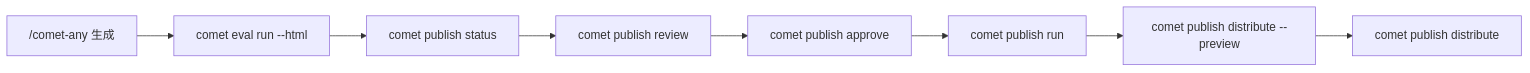
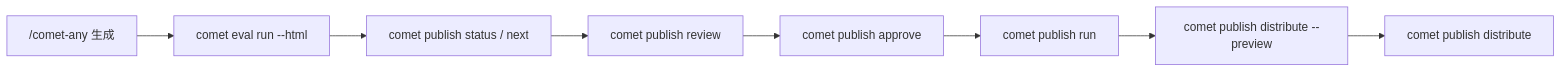
One commit to rpamis/comet-website-docs changed the diagram in zh/cli/publish.mdx. Above: the diagram before and after it, drawn with Mermaid. The commit also changed other lines of this file and 36 other files, not shown here.

````diff
--- a/zh/cli/publish.mdx
+++ b/zh/cli/publish.mdx
@@ -37,10 +39,10 @@
 ```mermaid
 flowchart LR
   A["/comet-any 生成"] --> B["comet eval run --html"]
-  B --> C["comet publish status"]
+  B --> C["comet publish status / next"]
   C --> D["comet publish review"]
   D --> E["comet publish approve"]
   E --> F["comet publish run"]
   F --> G["comet publish distribute --preview"]
   G --> H["comet publish distribute"]
 ```
````
